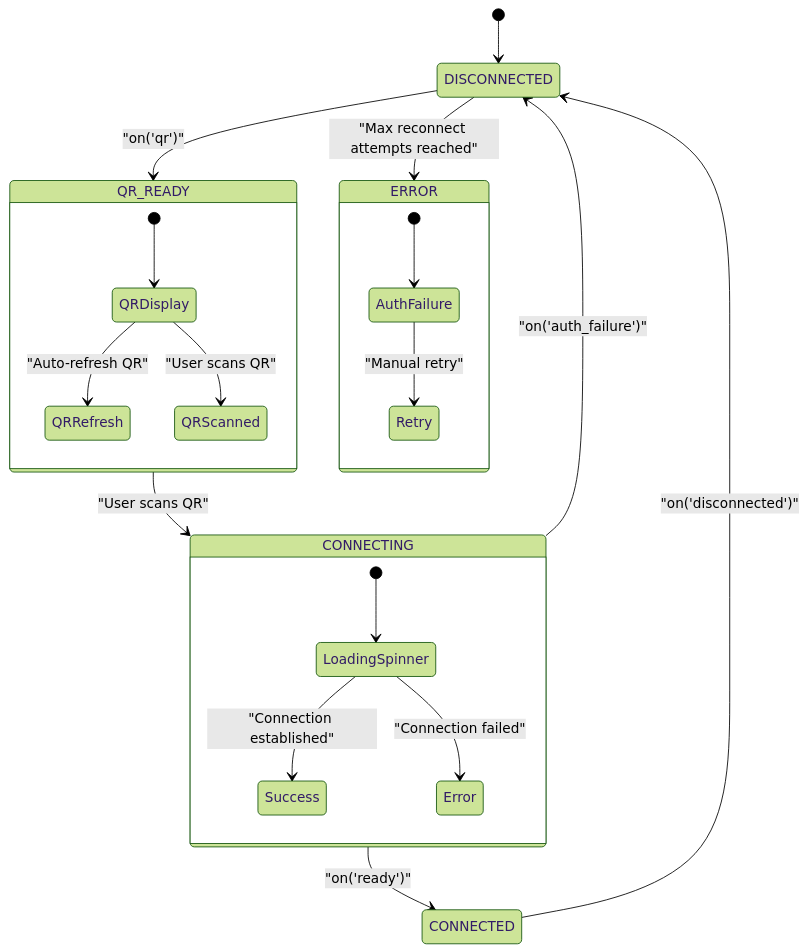
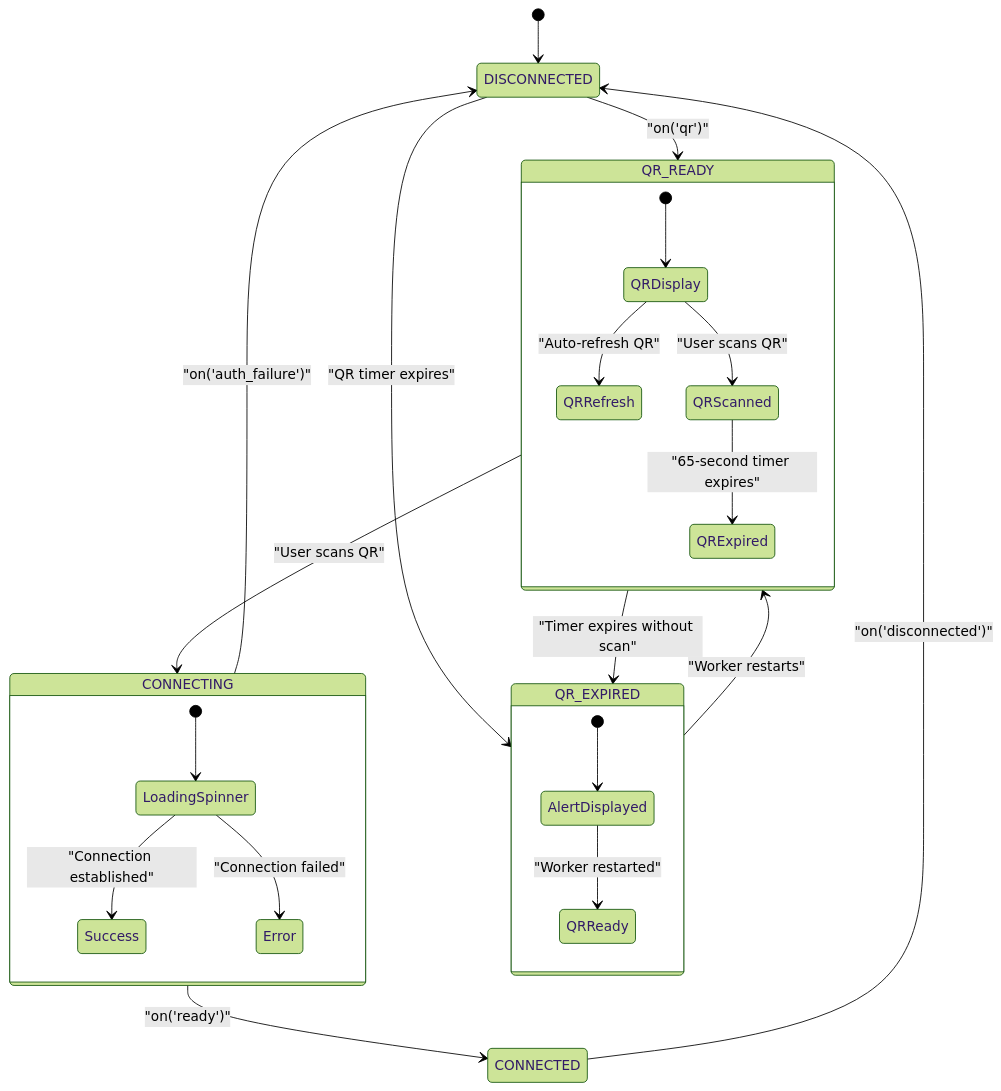
The seventh of 8 diagrams in .qoder/repowiki/en/content/WhatsApp Integration/WhatsApp Integration.md (askchiwa-spec/FLOW-HQ-BOT), drawn with Mermaid (forest theme) before and after one commit. The commit also changed other lines of this file and 27 other files, not shown here.

````diff
--- a/.qoder/repowiki/en/content/WhatsApp Integration/WhatsApp Integration.md
+++ b/.qoder/repowiki/en/content/WhatsApp Integration/WhatsApp Integration.md
@@ -346,24 +386,27 @@
 ```mermaid
 stateDiagram-v2
 [*] --> DISCONNECTED
 DISCONNECTED --> QR_READY : "on('qr')"
 QR_READY --> CONNECTING : "User scans QR"
 CONNECTING --> CONNECTED : "on('ready')"
 CONNECTING --> DISCONNECTED : "on('auth_failure')"
 CONNECTED --> DISCONNECTED : "on('disconnected')"
-DISCONNECTED --> ERROR : "Max reconnect attempts reached"
+DISCONNECTED --> QR_EXPIRED : "QR timer expires"
+QR_READY --> QR_EXPIRED : "Timer expires without scan"
+QR_EXPIRED --> QR_READY : "Worker restarts"
 state QR_READY {
 [*] --> QRDisplay
 QRDisplay --> QRRefresh : "Auto-refresh QR"
 QRDisplay --> QRScanned : "User scans QR"
+QRScanned --> QRExpired : "65-second timer expires"
 }
 state CONNECTING {
 [*] --> LoadingSpinner
 LoadingSpinner --> Success : "Connection established"
 LoadingSpinner --> Error : "Connection failed"
 }
-state ERROR {
-[*] --> AuthFailure
-AuthFailure --> Retry : "Manual retry"
+state QR_EXPIRED {
+[*] --> AlertDisplayed
+AlertDisplayed --> QRReady : "Worker restarted"
 }
 ```
````
